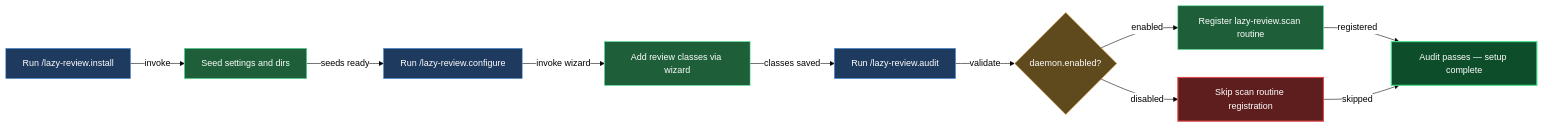
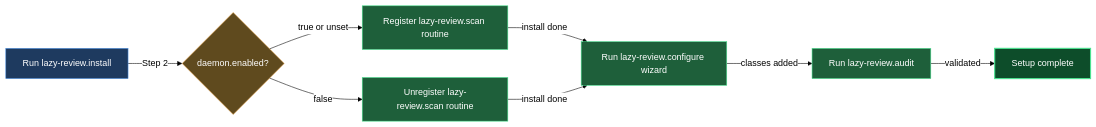
The diagram in claude/lazycortex-review/help/install-and-audit.md (mebius-san/lazy-cortex), drawn with Mermaid before and after one commit. The commit also changed other lines of this file and 37 other files, not shown here.

````diff
--- a/claude/lazycortex-review/help/install-and-audit.md
+++ b/claude/lazycortex-review/help/install-and-audit.md
@@ -43,39 +43,32 @@
 ```mermaid
 %%{init: {'themeVariables':{'background':'transparent','lineColor':'#000','textColor':'#000','edgeLabelBackground':'#fff'},'themeCSS':'.edgeLabel{background-color:transparent!important}.edgeLabel p{background-color:transparent!important}','flowchart':{'diagramPadding':5,'useMaxWidth':true}}}%%
 flowchart LR
-  runInstall[Run /lazy-review.install]
-  installSeeds[Seed settings and dirs]
-  runConfigure[Run /lazy-review.configure]
-  wizardAddClasses[Add review classes via wizard]
-  runAudit[Run /lazy-review.audit]
+  installSeedsSettings[Run lazy-review.install]
   daemonEnabledGate{daemon.enabled?}
   registerScanRoutine[Register lazy-review.scan routine]
-  skipScanRoutine[Skip scan routine registration]
-  auditPass[Audit passes — setup complete]
+  unregisterScanRoutine[Unregister lazy-review.scan routine]
+  configureAddsReviewClasses[Run lazy-review.configure wizard]
+  auditValidatesResult[Run lazy-review.audit]
+  setupComplete[Setup complete]
 
-  runInstall -->|invoke| installSeeds
-  installSeeds -->|seeds ready| runConfigure
-  runConfigure -->|invoke wizard| wizardAddClasses
-  wizardAddClasses -->|classes saved| runAudit
-  runAudit -->|validate| daemonEnabledGate
-  daemonEnabledGate -->|enabled| registerScanRoutine
-  daemonEnabledGate -->|disabled| skipScanRoutine
-  registerScanRoutine -->|registered| auditPass
-  skipScanRoutine -->|skipped| auditPass
+  installSeedsSettings -->|Step 2| daemonEnabledGate
+  daemonEnabledGate -->|true or unset| registerScanRoutine
+  daemonEnabledGate -->|false| unregisterScanRoutine
+  registerScanRoutine -->|install done| configureAddsReviewClasses
+  unregisterScanRoutine -->|install done| configureAddsReviewClasses
+  configureAddsReviewClasses -->|classes added| auditValidatesResult
+  auditValidatesResult -->|validated| setupComplete
 
   classDef entry fill:#1e3a5f,stroke:#4a90e2,color:#fff
+  classDef guard fill:#5f4a1e,stroke:#e2a14a,color:#fff
   classDef action fill:#1e5f3a,stroke:#4ae290,color:#fff
-  classDef guard fill:#5f4a1e,stroke:#e2a14a,color:#fff
   classDef success fill:#0d4d2a,stroke:#4ae290,color:#fff,stroke-width:2px
-  classDef error fill:#5f1e1e,stroke:#e24a4a,color:#fff,stroke-width:2px
 
-  class runInstall entry
-  class runConfigure entry
-  class runAudit entry
-  class installSeeds action
-  class wizardAddClasses action
+  class installSeedsSettings entry
+  class daemonEnabledGate guard
   class registerScanRoutine action
-  class daemonEnabledGate guard
-  class skipScanRoutine error
-  class auditPass success
+  class unregisterScanRoutine action
+  class configureAddsReviewClasses action
+  class auditValidatesResult action
+  class setupComplete success
 ```
````
